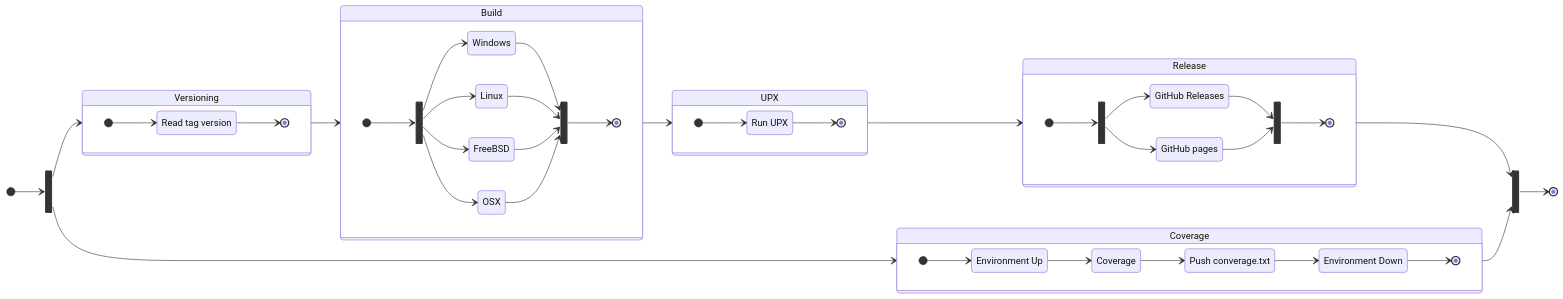
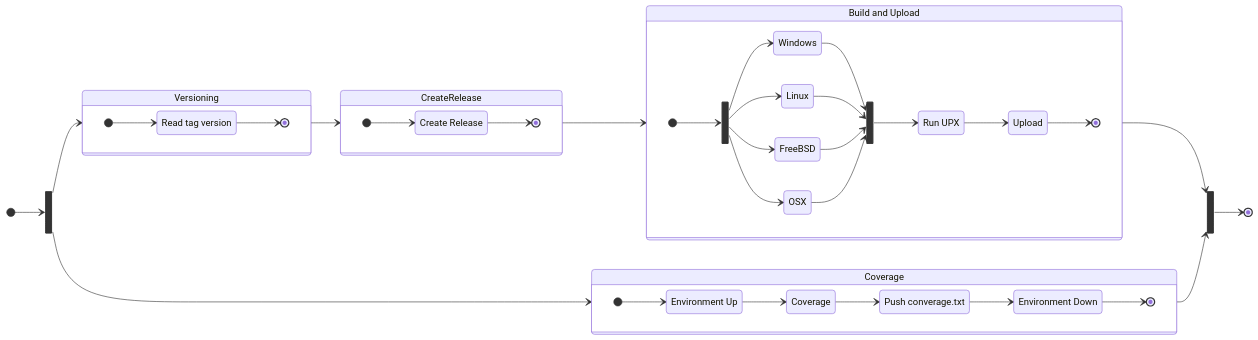
Before and after one commit to shoriwe/fullproxy: the fourth of 4 diagrams in docs/Continuous integration.md, drawn with Mermaid.

Commit message:
docs: updated documentation for release pipeline

````diff
--- a/docs/Continuous integration.md
+++ b/docs/Continuous integration.md
@@ -76,74 +76,64 @@
 ```mermaid
 stateDiagram-v2
 	direction LR
 	
 	state Versioning {
 		direction LR
 		VersionPy: Read tag version
 		[*] --> VersionPy
 		VersionPy --> [*]
 	}
-	
-	state Build {
+	BuildAndUpload: Build and Upload
+	state BuildAndUpload {
 		direction LR
 		state fork_build <<fork>>
 		state join_build <<join>>
+		upx: Run UPX
 		[*] --> fork_build
 		fork_build --> Windows
 		fork_build --> Linux
 		fork_build --> FreeBSD
 		fork_build --> OSX
 		Windows --> join_build
 		Linux --> join_build
 		FreeBSD --> join_build
 		OSX --> join_build
-		join_build --> [*]
+		join_build --> upx
+		upx --> Upload
+		Upload --> [*]
 	}
 	
-	state Release {
+	state CreateRelease {
 		direction LR
-		state fork_release <<fork>>
-		state join_release <<join>>
-		GitHub: GitHub Releases
-		Pages: GitHub pages
-		[*] --> fork_release
-		fork_release --> GitHub
-		fork_release --> Pages
-		GitHub --> join_release
-		Pages --> join_release
-		join_release --> [*]
+		createRelease: Create Release
+		[*] --> createRelease
+		createRelease --> [*]
 	}
 	
-	state UPX {
-		direction LR
-		upx: Run UPX
-		[*] --> upx
-		upx --> [*]
-	}
+	
 	
 	state Coverage {
 		direction LR
 		EnvironmentUp: Environment Up
 		coverage: Coverage
 		Push: Push converage.txt
 		EnvironmentDown: Environment Down
 		[*] --> EnvironmentUp
 		EnvironmentUp --> coverage
 		coverage --> Push
 		Push --> EnvironmentDown
 		EnvironmentDown --> [*]
 	}
 	
 	state fork_main <<fork>>
 	state join_main <<join>>
 	
 	[*] --> fork_main
 	fork_main --> Versioning
 	fork_main --> Coverage
-	Versioning --> Build
-	Build --> UPX
-	UPX --> Release
-	Release --> join_main
+	Versioning --> CreateRelease
+	CreateRelease --> BuildAndUpload
+	BuildAndUpload --> join_main
 	Coverage --> join_main
 	join_main --> [*]
 ```
````
